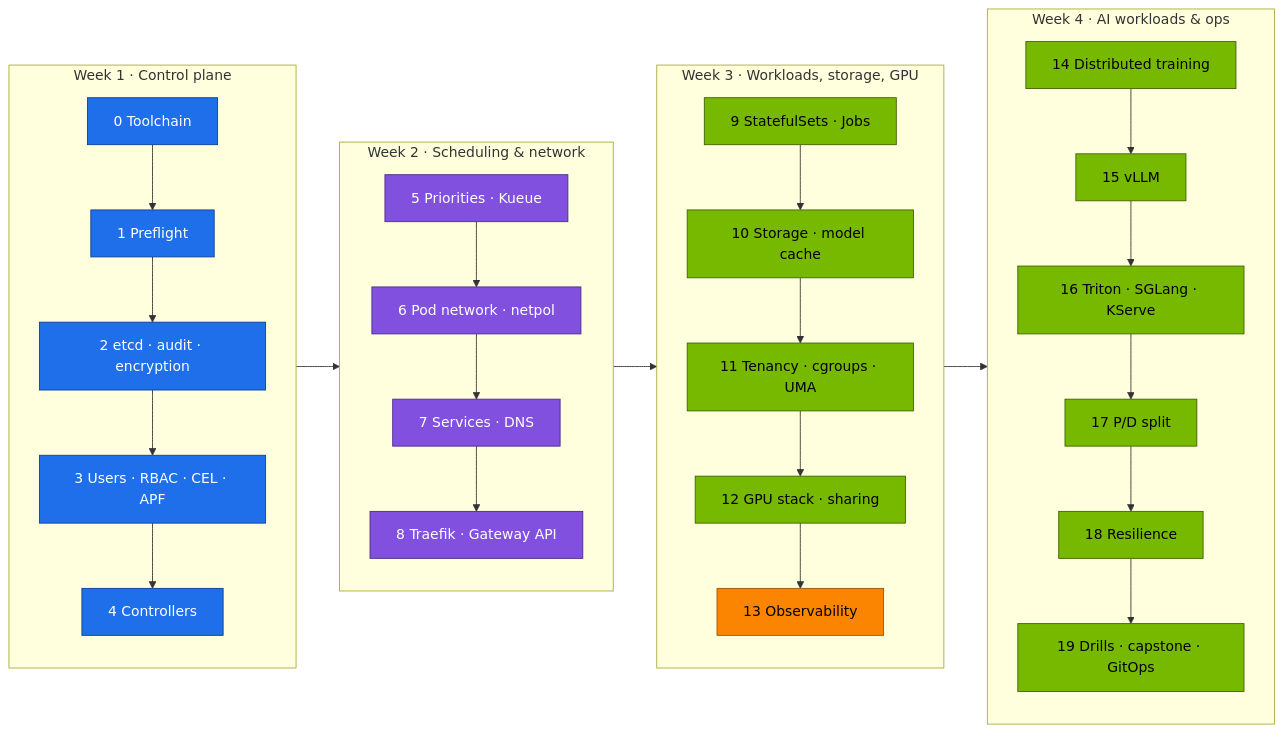
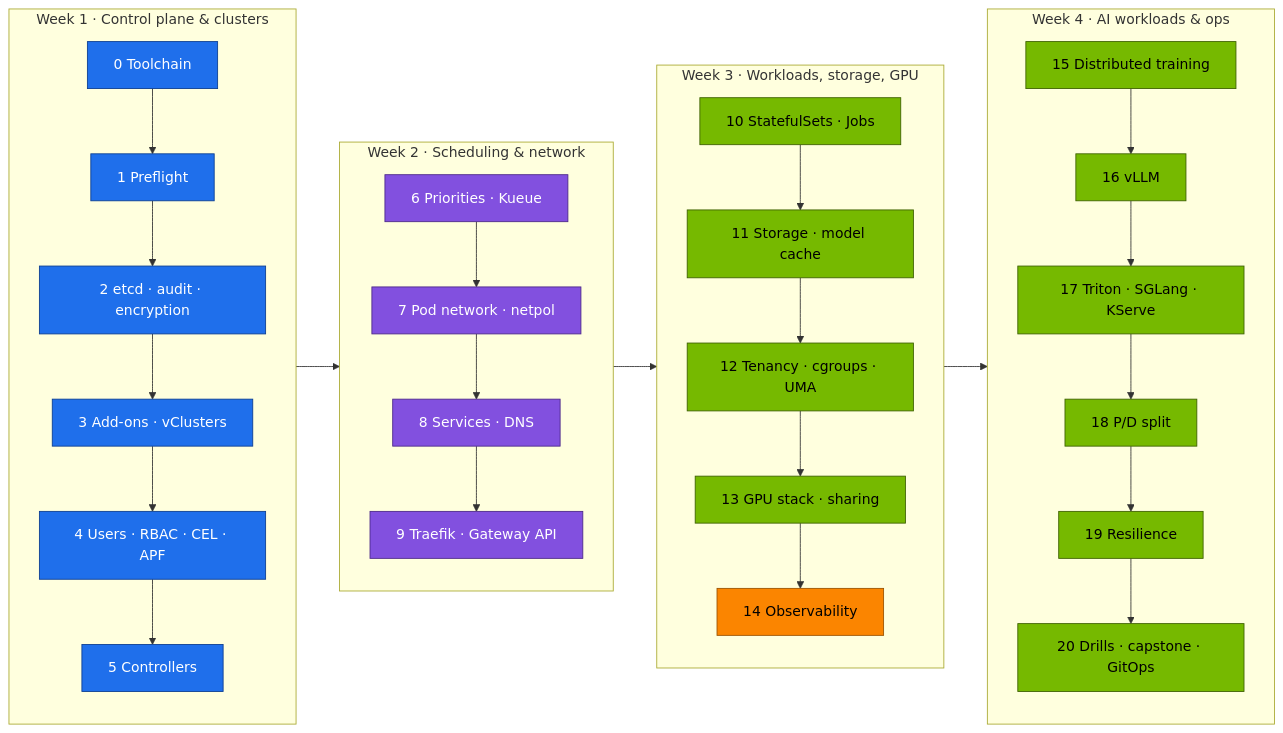
Before and after one commit to cloudone365/technical-depth: the diagram in 02 Kubernetes/00-kubernetes-step-by-step-guide.md, drawn with Mermaid. The commit also changed other lines of this file and 5 other files, not shown here.

````diff
--- a/02 Kubernetes/00-kubernetes-step-by-step-guide.md
+++ b/02 Kubernetes/00-kubernetes-step-by-step-guide.md
@@ -5,25 +7,25 @@
 ```mermaid
 flowchart LR
-  subgraph W1["Week 1 · Control plane"]
-    A0["0 Toolchain"] --> A1["1 Preflight"] --> A2["2 etcd · audit · encryption"] --> A3["3 Users · RBAC · CEL · APF"] --> A4["4 Controllers"]
+  subgraph W1["Week 1 · Control plane & clusters"]
+    A0["0 Toolchain"] --> A1["1 Preflight"] --> A2["2 etcd · audit · encryption"] --> A3["3 Add-ons · vClusters"] --> A4["4 Users · RBAC · CEL · APF"] --> A5["5 Controllers"]
   end
   subgraph W2["Week 2 · Scheduling & network"]
-    B1["5 Priorities · Kueue"] --> B2["6 Pod network · netpol"] --> B3["7 Services · DNS"] --> B4["8 Traefik · Gateway API"]
+    B1["6 Priorities · Kueue"] --> B2["7 Pod network · netpol"] --> B3["8 Services · DNS"] --> B4["9 Traefik · Gateway API"]
   end
   subgraph W3["Week 3 · Workloads, storage, GPU"]
-    C1["9 StatefulSets · Jobs"] --> C2["10 Storage · model cache"] --> C3["11 Tenancy · cgroups · UMA"] --> C4["12 GPU stack · sharing"] --> C5["13 Observability"]
+    C1["10 StatefulSets · Jobs"] --> C2["11 Storage · model cache"] --> C3["12 Tenancy · cgroups · UMA"] --> C4["13 GPU stack · sharing"] --> C5["14 Observability"]
   end
   subgraph W4["Week 4 · AI workloads & ops"]
-    D1["14 Distributed training"] --> D2["15 vLLM"] --> D3["16 Triton · SGLang · KServe"] --> D4["17 P/D split"] --> D5["18 Resilience"] --> D6["19 Drills · capstone · GitOps"]
+    D1["15 Distributed training"] --> D2["16 vLLM"] --> D3["17 Triton · SGLang · KServe"] --> D4["18 P/D split"] --> D5["19 Resilience"] --> D6["20 Drills · capstone · GitOps"]
   end
   W1 --> W2 --> W3 --> W4
   classDef ctrl fill:#1f6feb,stroke:#0b3d91,color:#fff
   classDef net fill:#8250df,stroke:#4c2889,color:#fff
   classDef gpu fill:#76b900,stroke:#3d6000,color:#000
   classDef obs fill:#fb8500,stroke:#9a5200,color:#000
-  class A0,A1,A2,A3,A4 ctrl
+  class A0,A1,A2,A3,A4,A5 ctrl
   class B1,B2,B3,B4 net
   class C1,C2,C3,C4 gpu
   class C5 obs
   class D1,D2,D3,D4,D5,D6 gpu
 ```
````
